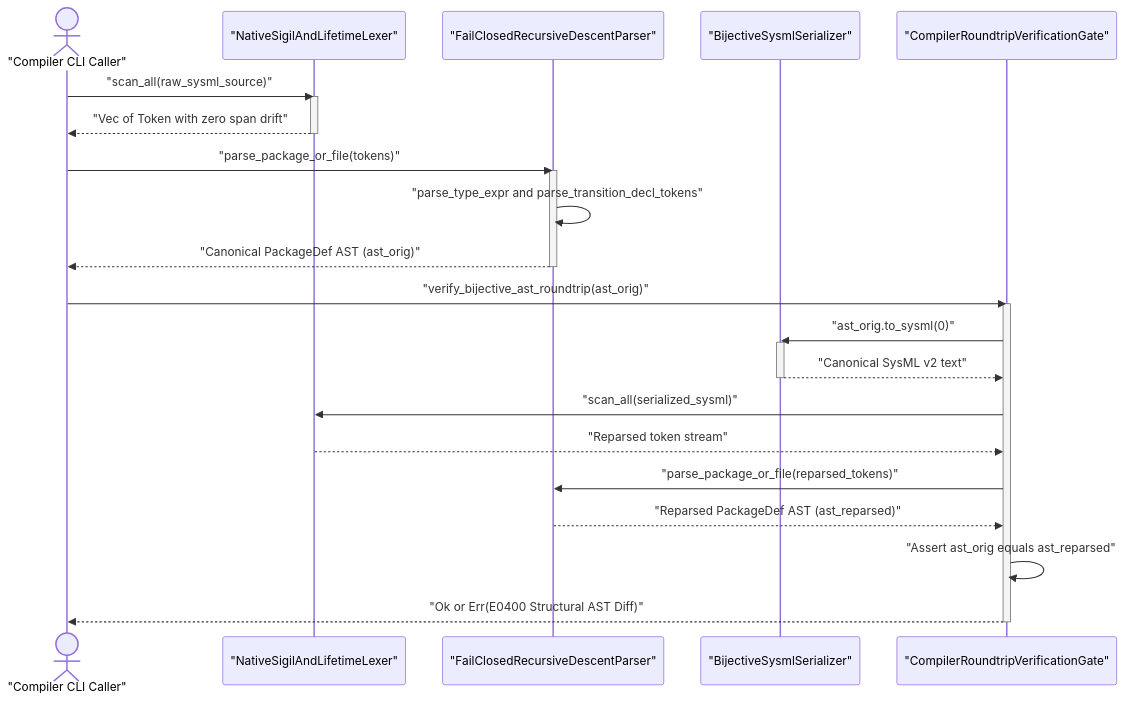
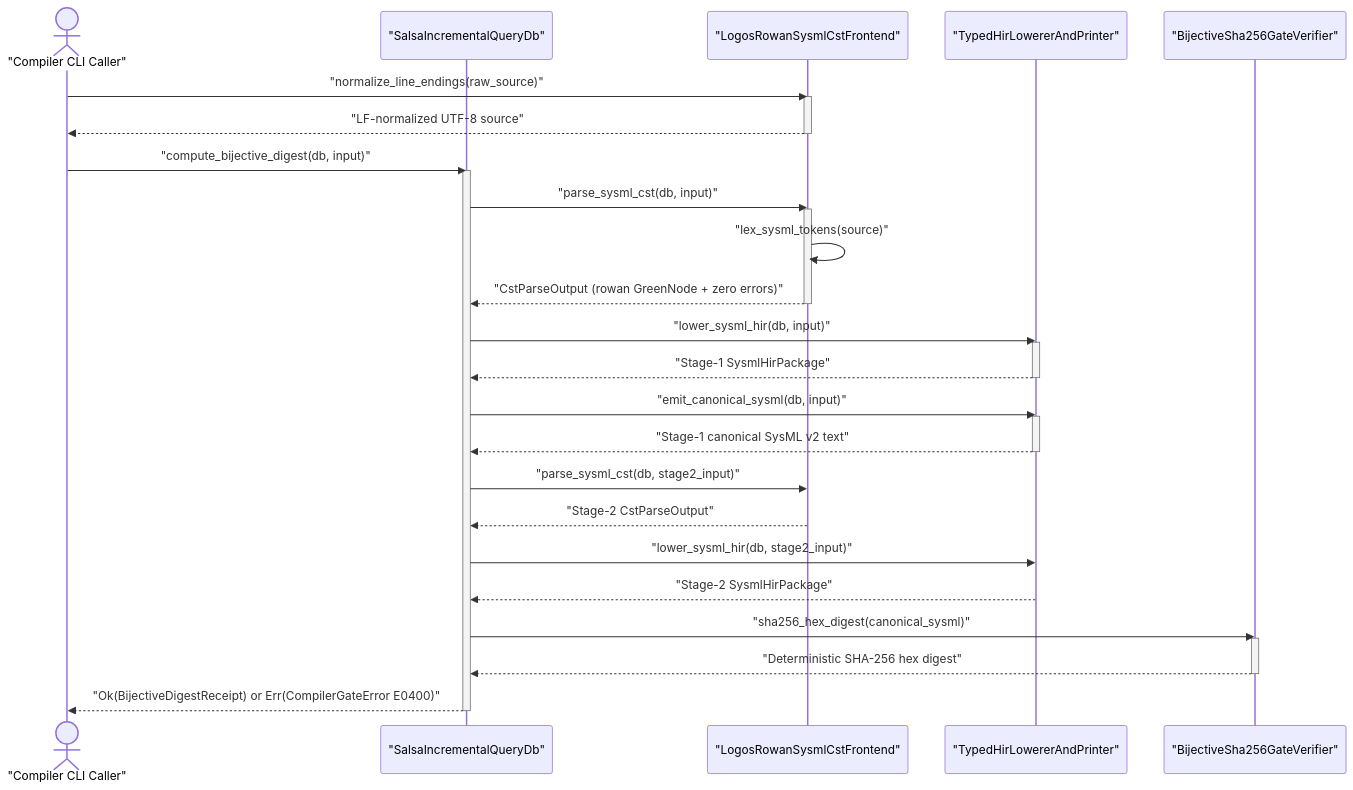
The third of 4 diagrams in docs/designs/blueprint-03-sysml-ast-bijective-roundtrip-compiler-gate.md (gintatkinson/DEAP01-spec-core), drawn with Mermaid before and after one commit. The commit also changed other lines of this file and 2 other files, not shown here.

Commit message:
docs(blueprints): refactor BP-03 onto logos, rowan SysML CST, and salsa queries

````diff
--- a/docs/designs/blueprint-03-sysml-ast-bijective-roundtrip-compiler-gate.md
+++ b/docs/designs/blueprint-03-sysml-ast-bijective-roundtrip-compiler-gate.md
@@ -161,33 +181,42 @@
 ```mermaid
 sequenceDiagram
     actor CLI as "Compiler CLI Caller"
-    participant Scan as "NativeSigilAndLifetimeLexer"
-    participant Parse as "FailClosedRecursiveDescentParser"
-    participant Ser as "BijectiveSysmlSerializer"
-    participant Gate as "CompilerRoundtripVerificationGate"
+    participant DB as "SalsaIncrementalQueryDb"
+    participant CST as "LogosRowanSysmlCstFrontend"
+    participant HIR as "TypedHirLowererAndPrinter"
+    participant Gate as "BijectiveSha256GateVerifier"
 
-    CLI->>Scan: "scan_all(raw_sysml_source)"
-    activate Scan
-    Scan-->>CLI: "Vec of Token with zero span drift"
-    deactivate Scan
+    CLI->>CST: "normalize_line_endings(raw_source)"
+    activate CST
+    CST-->>CLI: "LF-normalized UTF-8 source"
+    deactivate CST
 
-    CLI->>Parse: "parse_package_or_file(tokens)"
-    activate Parse
-    Parse->>Parse: "parse_type_expr and parse_transition_decl_tokens"
-    Parse-->>CLI: "Canonical PackageDef AST (ast_orig)"
-    deactivate Parse
+    CLI->>DB: "compute_bijective_digest(db, input)"
+    activate DB
+    DB->>CST: "parse_sysml_cst(db, input)"
+    activate CST
+    CST->>CST: "lex_sysml_tokens(source)"
+    CST-->>DB: "CstParseOutput (rowan GreenNode + zero errors)"
+    deactivate CST
 
-    CLI->>Gate: "verify_bijective_ast_roundtrip(ast_orig)"
+    DB->>HIR: "lower_sysml_hir(db, input)"
+    activate HIR
+    HIR-->>DB: "Stage-1 SysmlHirPackage"
+    deactivate HIR
+
+    DB->>HIR: "emit_canonical_sysml(db, input)"
+    activate HIR
+    HIR-->>DB: "Stage-1 canonical SysML v2 text"
+    deactivate HIR
+
+    DB->>CST: "parse_sysml_cst(db, stage2_input)"
+    CST-->>DB: "Stage-2 CstParseOutput"
+    DB->>HIR: "lower_sysml_hir(db, stage2_input)"
+    HIR-->>DB: "Stage-2 SysmlHirPackage"
+    DB->>Gate: "sha256_hex_digest(canonical_sysml)"
     activate Gate
-    Gate->>Ser: "ast_orig.to_sysml(0)"
-    activate Ser
-    Ser-->>Gate: "Canonical SysML v2 text"
-    deactivate Ser
-    Gate->>Scan: "scan_all(serialized_sysml)"
-    Scan-->>Gate: "Reparsed token stream"
-    Gate->>Parse: "parse_package_or_file(reparsed_tokens)"
-    Parse-->>Gate: "Reparsed PackageDef AST (ast_reparsed)"
-    Gate->>Gate: "Assert ast_orig equals ast_reparsed"
-    Gate-->>CLI: "Ok or Err(E0400 Structural AST Diff)"
+    Gate-->>DB: "Deterministic SHA-256 hex digest"
     deactivate Gate
+    DB-->>CLI: "Ok(BijectiveDigestReceipt) or Err(CompilerGateError E0400)"
+    deactivate DB
 ```
````
